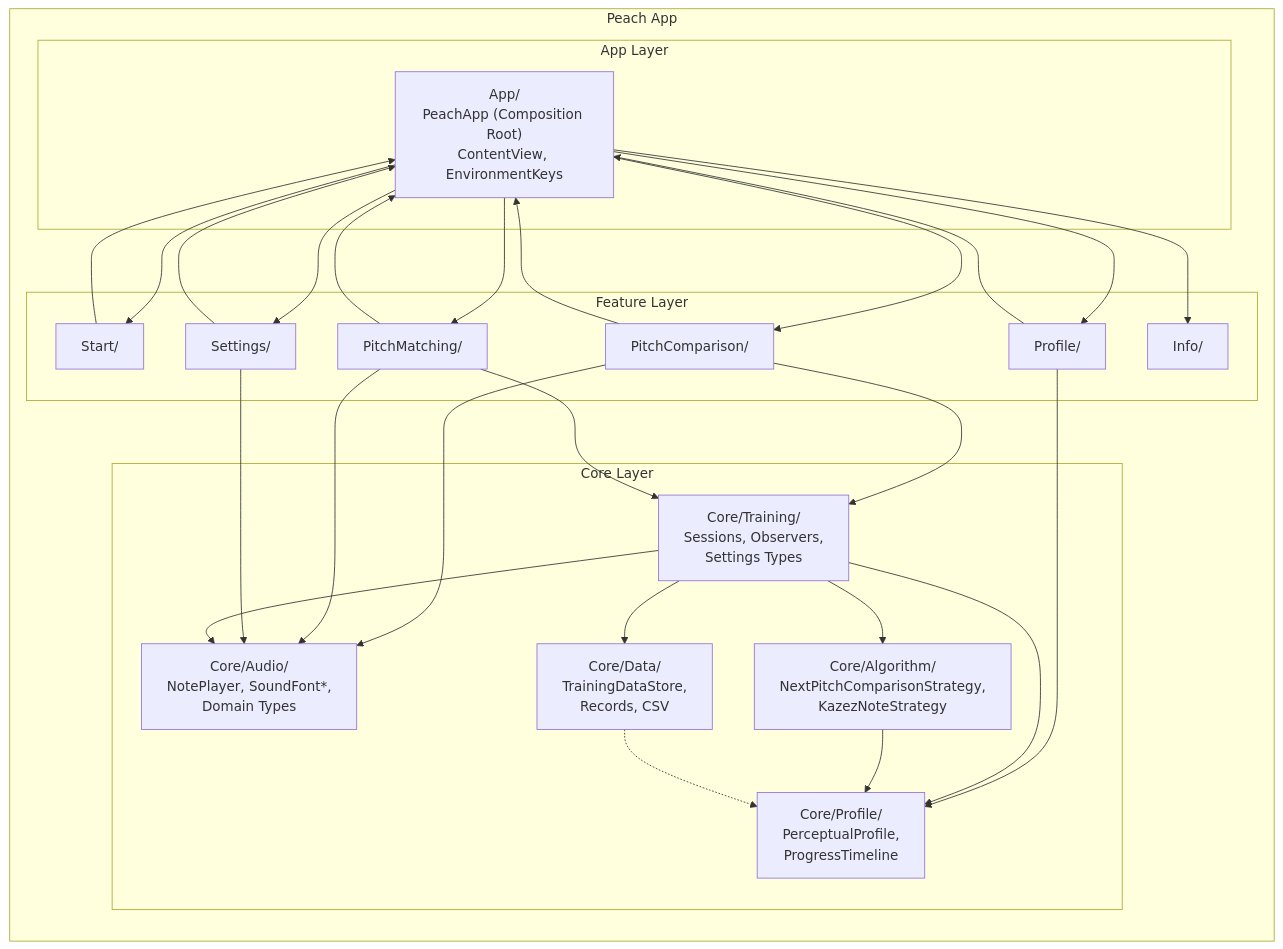
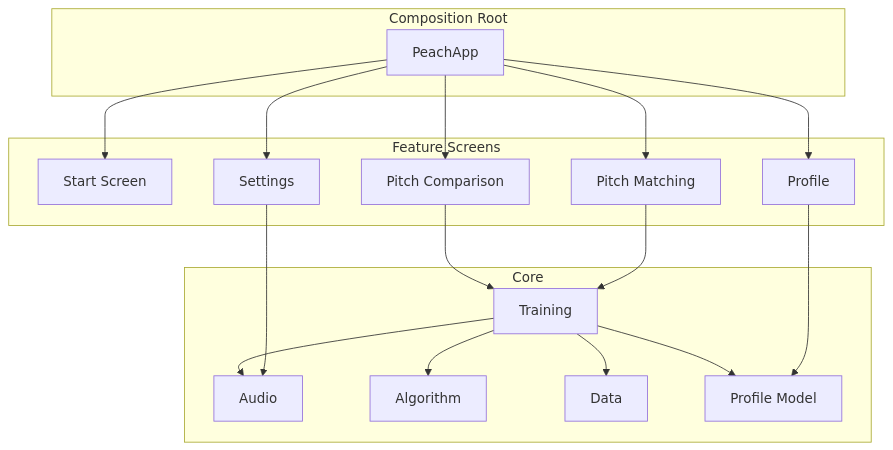
Before and after one commit to mschuerig/peach-ios: the third of 7 diagrams in docs/arc42.md, drawn with Mermaid. The commit also changed other lines of this file, not shown here.

First line of the commit message:
Elevate arc42 docs from implementation summary to architectural intent

````diff
--- a/docs/arc42.md
+++ b/docs/arc42.md
@@ -148,39 +148,28 @@
 ```mermaid
 graph TB
-    subgraph "Peach App"
-        direction TB
-
-        subgraph "Feature Layer"
-            Start["Start/"]
-            PC["PitchComparison/"]
-            PM["PitchMatching/"]
-            Prof["Profile/"]
-            Set["Settings/"]
-            Info["Info/"]
-        end
-
-        subgraph "App Layer"
-            PeachApp["App/<br/>PeachApp (Composition Root)<br/>ContentView, EnvironmentKeys"]
-        end
-
-        subgraph "Core Layer"
-            Audio["Core/Audio/<br/>NotePlayer, SoundFont*,<br/>Domain Types"]
-            Algo["Core/Algorithm/<br/>NextPitchComparisonStrategy,<br/>KazezNoteStrategy"]
-            Training["Core/Training/<br/>Sessions, Observers,<br/>Settings Types"]
-            Data["Core/Data/<br/>TrainingDataStore,<br/>Records, CSV"]
-            Profile["Core/Profile/<br/>PerceptualProfile,<br/>ProgressTimeline"]
-        end
+    subgraph "Feature Screens"
+        Start["Start Screen"]
+        PC["Pitch Comparison"]
+        PM["Pitch Matching"]
+        Prof["Profile"]
+        Set["Settings"]
     end
 
-    PeachApp --> Start & PC & PM & Prof & Set & Info
-    Start & PC & PM & Prof & Set --> PeachApp
+    subgraph "Composition Root"
+        App["PeachApp"]
+    end
 
-    PC --> Training & Audio
-    PM --> Training & Audio
+    subgraph "Core"
+        Audio["Audio"]
+        Algorithm["Algorithm"]
+        Training["Training"]
+        Data["Data"]
+        Profile["Profile Model"]
+    end
+
+    App --> Start & PC & PM & Prof & Set
+    PC & PM --> Training
+    Training --> Audio & Algorithm & Data & Profile
     Prof --> Profile
     Set --> Audio
-
-    Training --> Audio & Algo & Profile & Data
-    Algo --> Profile
-    Data -.-> Profile
 ```
````
